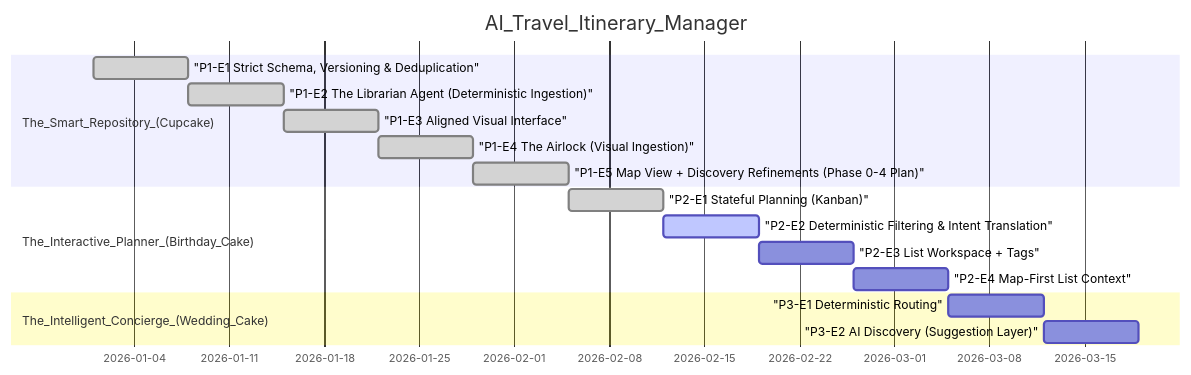
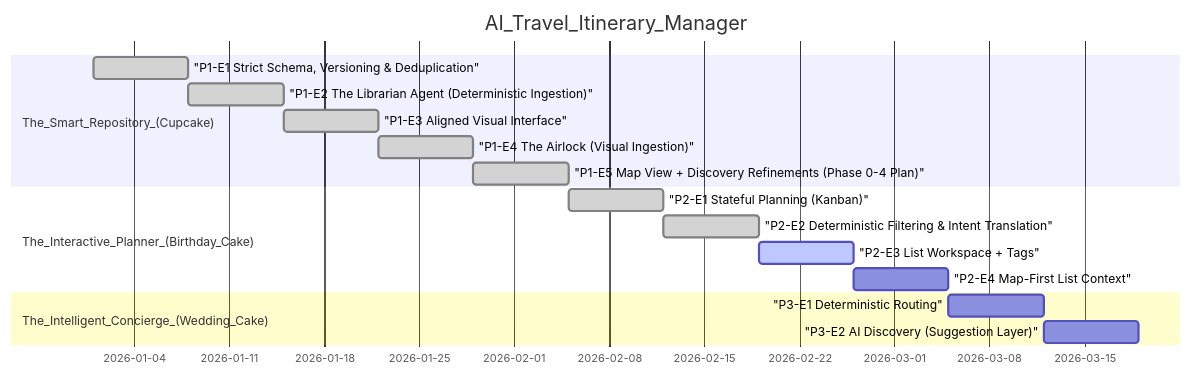
One commit to walshkang/acerca-trip-planner changed the diagram in CONTEXT.md. Above: the diagram before and after it, drawn with Mermaid. The commit also changed other lines of this file and 12 other files, not shown here.

````diff
--- a/CONTEXT.md
+++ b/CONTEXT.md
@@ -57,19 +58,19 @@
 ```mermaid
 gantt
   dateFormat YYYY-MM-DD
   title AI_Travel_Itinerary_Manager
   section The_Smart_Repository_(Cupcake)
   "P1-E1 Strict Schema, Versioning & Deduplication" :done, p1e1, 2026-01-01, 7d
   "P1-E2 The Librarian Agent (Deterministic Ingestion)" :done, p1e2, after p1e1, 7d
   "P1-E3 Aligned Visual Interface" :done, p1e3, after p1e2, 7d
   "P1-E4 The Airlock (Visual Ingestion)" :done, p1e4, after p1e3, 7d
   "P1-E5 Map View + Discovery Refinements (Phase 0-4 Plan)" :done, p1e5, after p1e4, 7d
   section The_Interactive_Planner_(Birthday_Cake)
   "P2-E1 Stateful Planning (Kanban)" :done, p2e1, after p1e5, 7d
-  "P2-E2 Deterministic Filtering & Intent Translation" :active, p2e2, after p2e1, 7d
-  "P2-E3 List Workspace + Tags" :p2e3, after p2e2, 7d
+  "P2-E2 Deterministic Filtering & Intent Translation" :done, p2e2, after p2e1, 7d
+  "P2-E3 List Workspace + Tags" :active, p2e3, after p2e2, 7d
   "P2-E4 Map-First List Context" :p2e4, after p2e3, 7d
   section The_Intelligent_Concierge_(Wedding_Cake)
   "P3-E1 Deterministic Routing" :p3e1, after p2e4, 7d
   "P3-E2 AI Discovery (Suggestion Layer)" :p3e2, after p3e1, 7d
 ```
````
